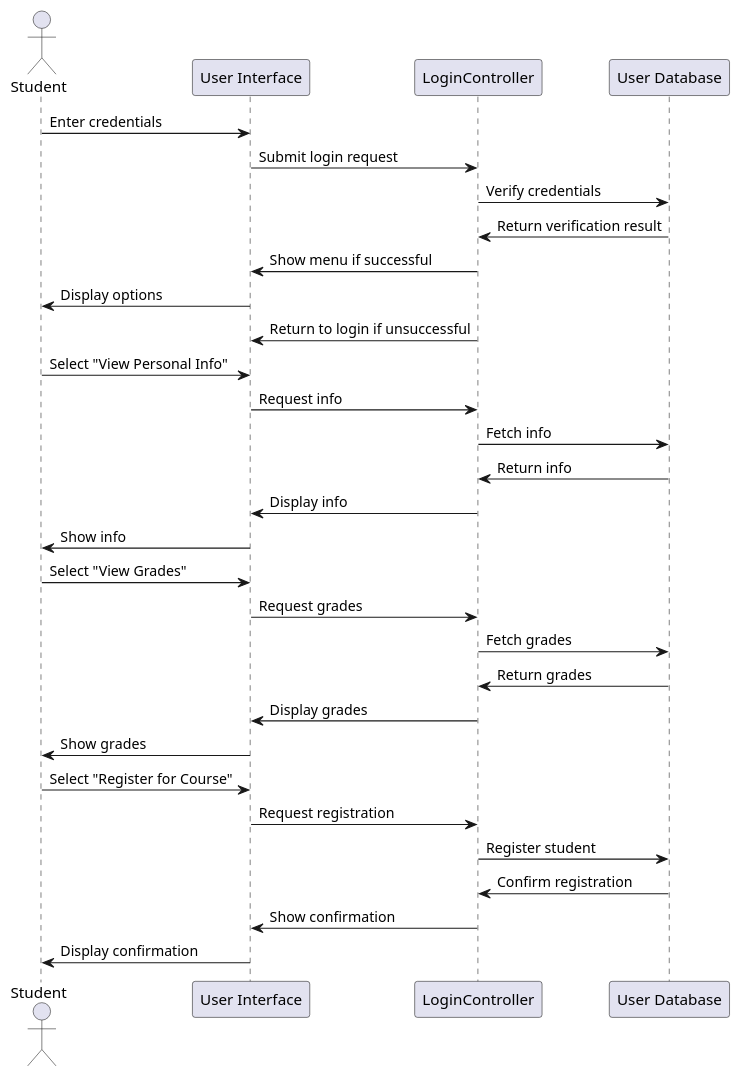
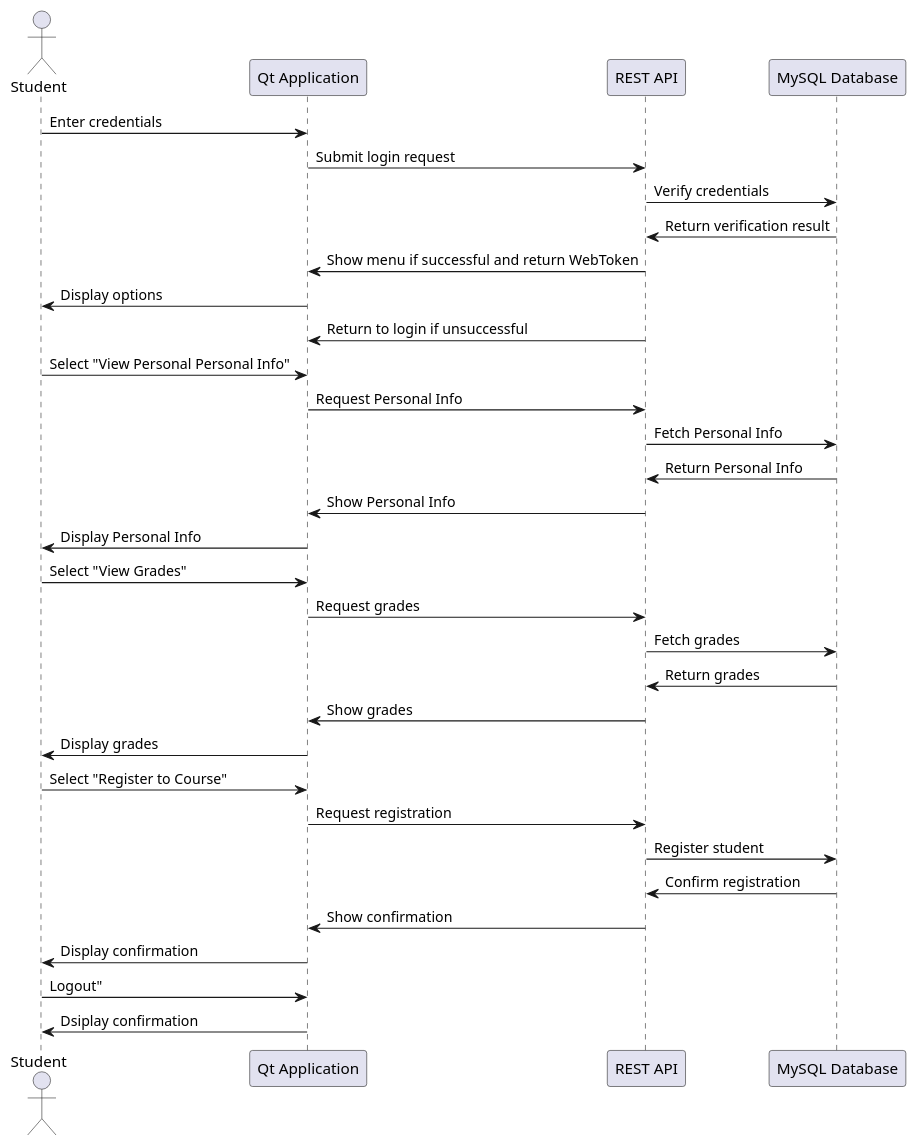
One commit to Ohjelmistoprojekti2025/peppiExample changed the diagram in UML/mySequence.puml. Above: the diagram before and after it, drawn with PlantUML. The commit also changed 2 other files, not shown here.

Commit message:
sequence diagram edited

```diff
--- a/UML/mySequence.puml
+++ b/UML/mySequence.puml
@@ -1,38 +1,41 @@
 @startuml
 
 actor Student
 
-participant "User Interface" as UI
-participant "LoginController" as LC
-participant "User Database" as DB
+participant "Qt Application" as UI
+participant "REST API" as LC
+participant "MySQL Database" as DB
 
 Student -> UI : Enter credentials
 UI -> LC : Submit login request
 LC -> DB : Verify credentials
 DB -> LC : Return verification result
-LC -> UI : Show menu if successful
+LC -> UI : Show menu if successful and return WebToken
 UI -> Student : Display options
 LC -> UI : Return to login if unsuccessful
 
-Student -> UI : Select "View Personal Info"
-UI -> LC : Request info
-LC -> DB : Fetch info
-DB -> LC : Return info
-LC -> UI : Display info
-UI -> Student : Show info
+Student -> UI : Select "View Personal Personal Info"
+UI -> LC : Request Personal Info
+LC -> DB : Fetch Personal Info
+DB -> LC : Return Personal Info
+LC -> UI :  Show Personal Info
+UI -> Student : Display Personal Info
 
 Student -> UI : Select "View Grades"
 UI -> LC : Request grades
 LC -> DB : Fetch grades
 DB -> LC : Return grades
-LC -> UI : Display grades
-UI -> Student : Show grades
+LC -> UI : Show grades
+UI -> Student : Display grades
 
-Student -> UI : Select "Register for Course"
+Student -> UI : Select "Register to Course"
 UI -> LC : Request registration
 LC -> DB : Register student
 DB -> LC : Confirm registration
 LC -> UI : Show confirmation
 UI -> Student : Display confirmation
 
+Student -> UI : Logout"
+UI -> Student : Dsiplay confirmation
+
 @enduml
```
